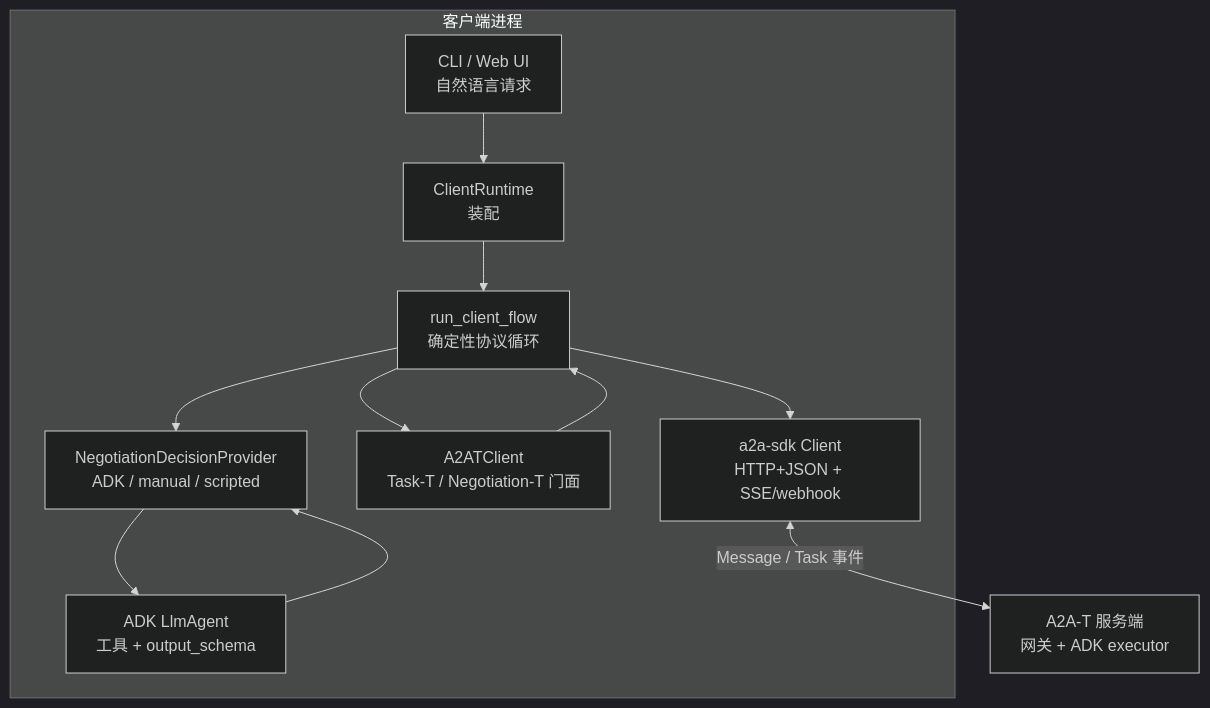
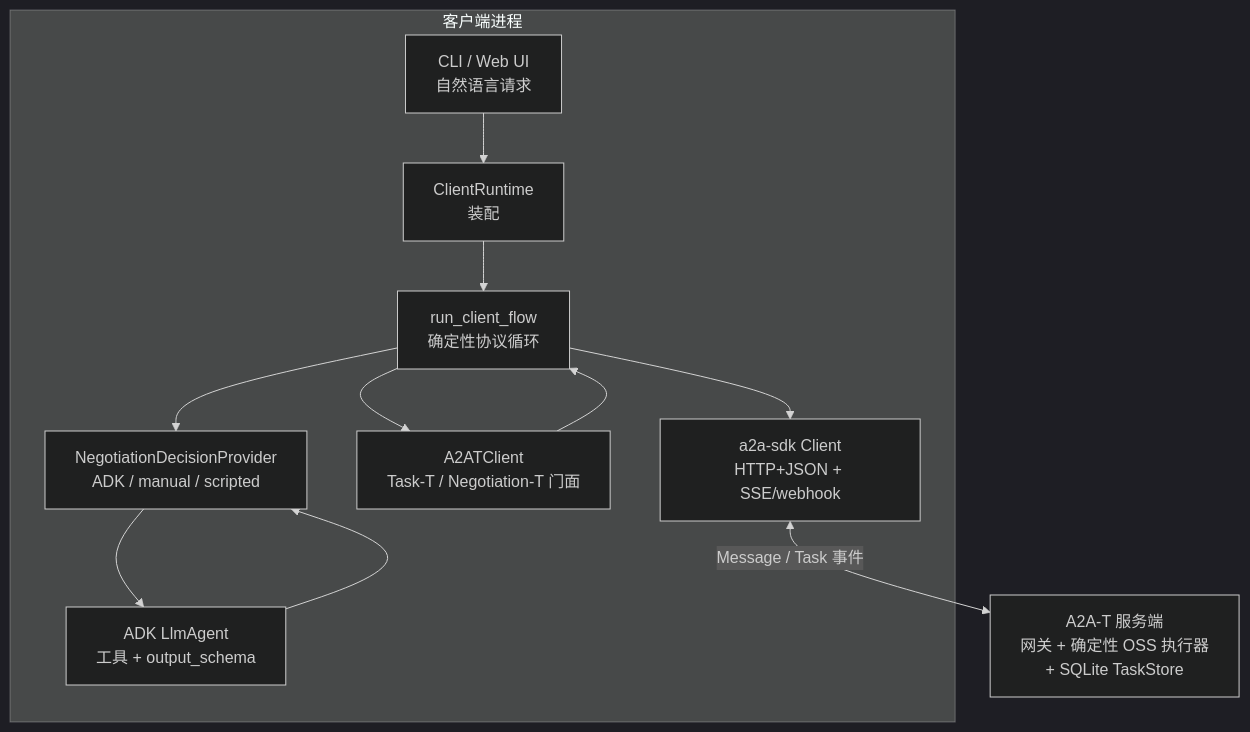
One commit to codetalks-hw/a2a-t-sdk-python changed the second of 6 diagrams in a2a-t-sample/ran-energy-saving/README-zh.md. Above: the diagram before and after it, drawn with Mermaid (dark theme). The commit also changed other lines of this file and 32 other files, not shown here.

Commit message:
feat(ran-sample): run the server deterministically and persist oss tasks

````diff
--- a/a2a-t-sample/ran-energy-saving/README-zh.md
+++ b/a2a-t-sample/ran-energy-saving/README-zh.md
@@ -90,20 +93,20 @@
 ```mermaid
 flowchart TB
     subgraph Client["客户端进程"]
         UI["CLI / Web UI<br/>自然语言请求"]
         RT["ClientRuntime<br/>装配"]
         FLOW["run_client_flow<br/>确定性协议循环"]
         PROV["NegotiationDecisionProvider<br/>ADK / manual / scripted"]
         AGENT["ADK LlmAgent<br/>工具 + output_schema"]
         FACADE["A2ATClient<br/>Task-T / Negotiation-T 门面"]
         A2A["a2a-sdk Client<br/>HTTP+JSON + SSE/webhook"]
         UI --> RT --> FLOW
         FLOW --> PROV --> AGENT
         AGENT --> PROV
         FLOW --> FACADE
         FACADE --> FLOW
         FLOW --> A2A
     end
-    SERVER["A2A-T 服务端<br/>网关 + ADK executor"]
+    SERVER["A2A-T 服务端<br/>网关 + 确定性 OSS 执行器<br/>+ SQLite TaskStore"]
     A2A <-->|"Message / Task 事件"| SERVER
 ```
````
